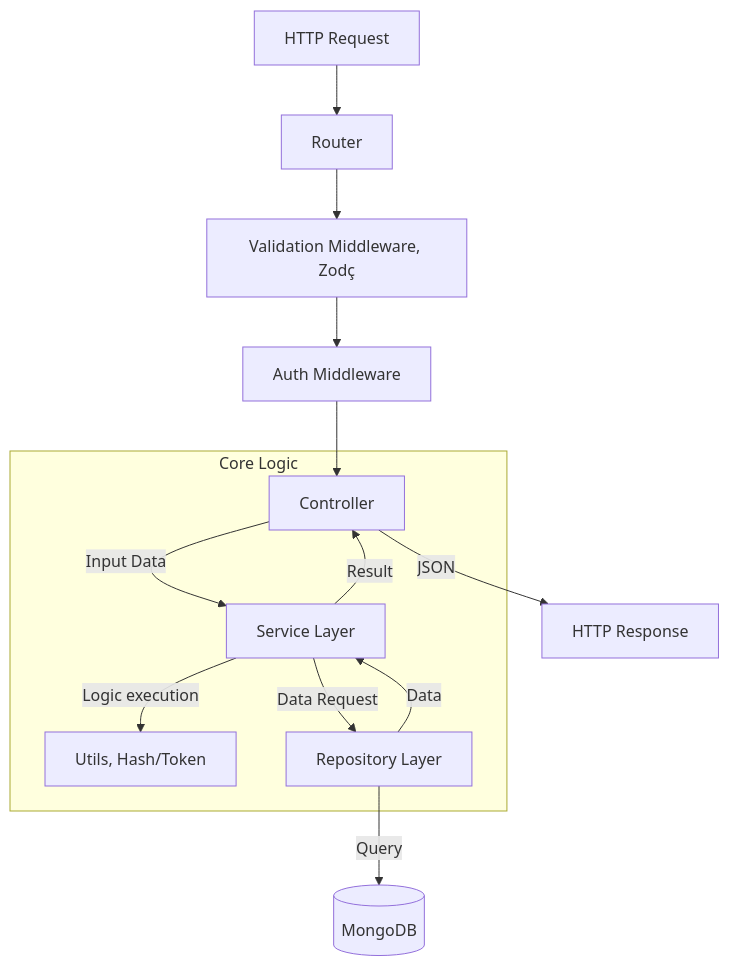
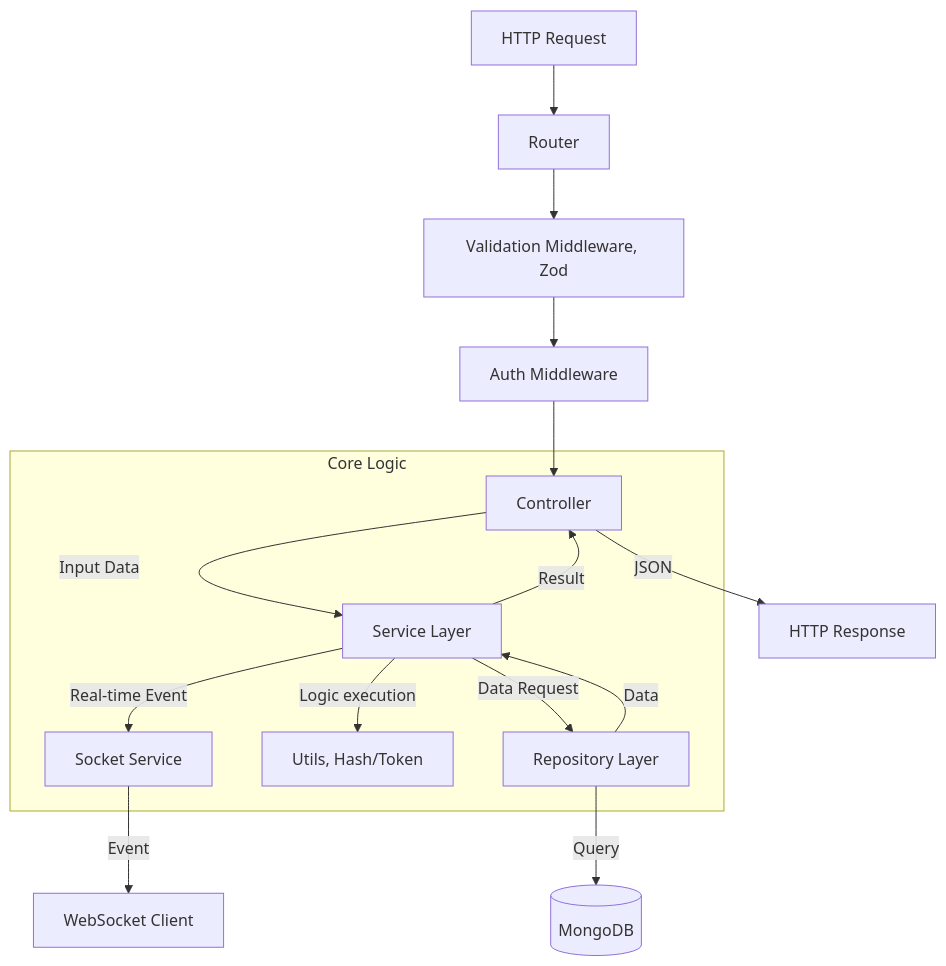
The diagram in express/README.md (gaurishankar007/Backend-Projects), drawn with Mermaid before and after one commit. The commit also changed other lines of this file and 12 other files, not shown here.

Commit message:
feat: added new routes and socket service functions.

````diff
--- a/express/README.md
+++ b/express/README.md
@@ -65,19 +76,21 @@
 ```mermaid
 flowchart TD
     Request[HTTP Request] --> Router[Router]
-    Router --> ValMiddleware[Validation Middleware, Zodç]
+    Router --> ValMiddleware[Validation Middleware, Zod]
     ValMiddleware --> AuthMiddleware[Auth Middleware]
     AuthMiddleware --> Controller[Controller]
 
     subgraph Core Logic
     Controller -- Input Data --> Service[Service Layer]
+    Service -- Real-time Event --> SocketService[Socket Service]
     Service -- Logic execution --> Utility[Utils, Hash/Token]
     Service -- Data Request --> Repository[Repository Layer]
     end
 
     Repository -- Query --> Database[(MongoDB)]
 
     Repository -- Data --> Service
     Service -- Result --> Controller
     Controller -- JSON --> Response[HTTP Response]
+    SocketService -- Event --> Client[WebSocket Client]
 ```
````
